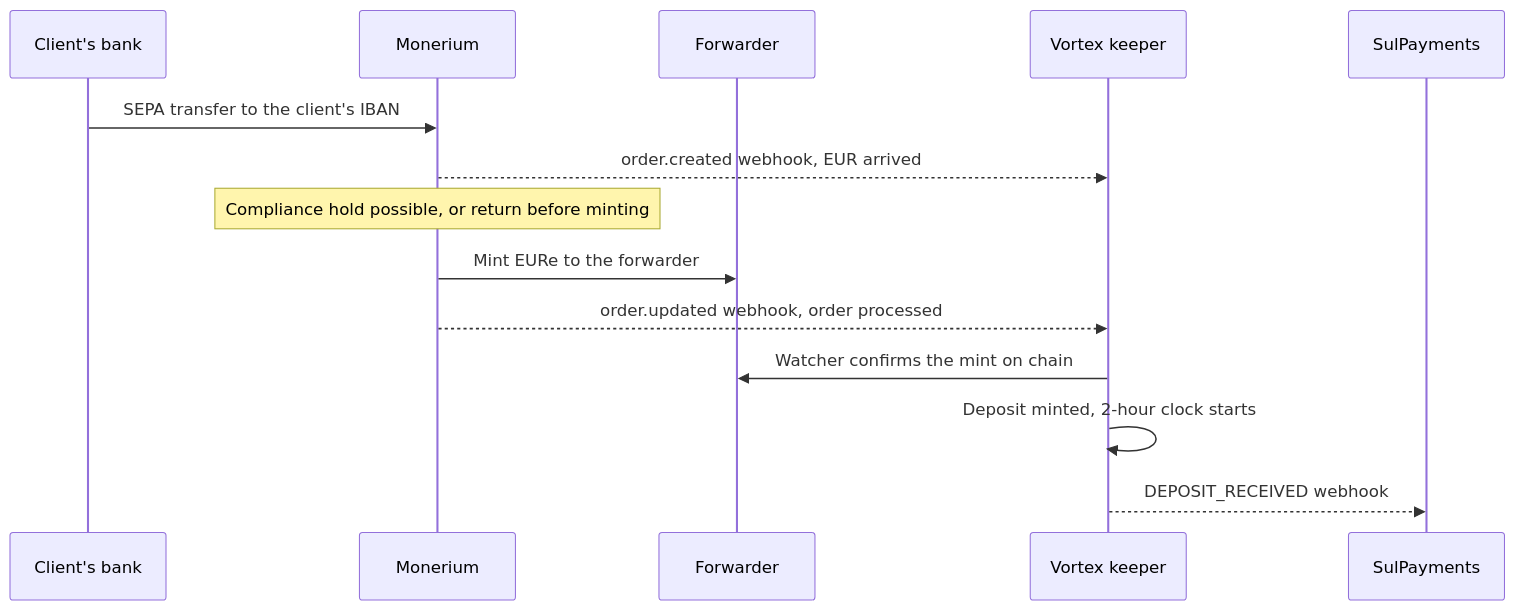
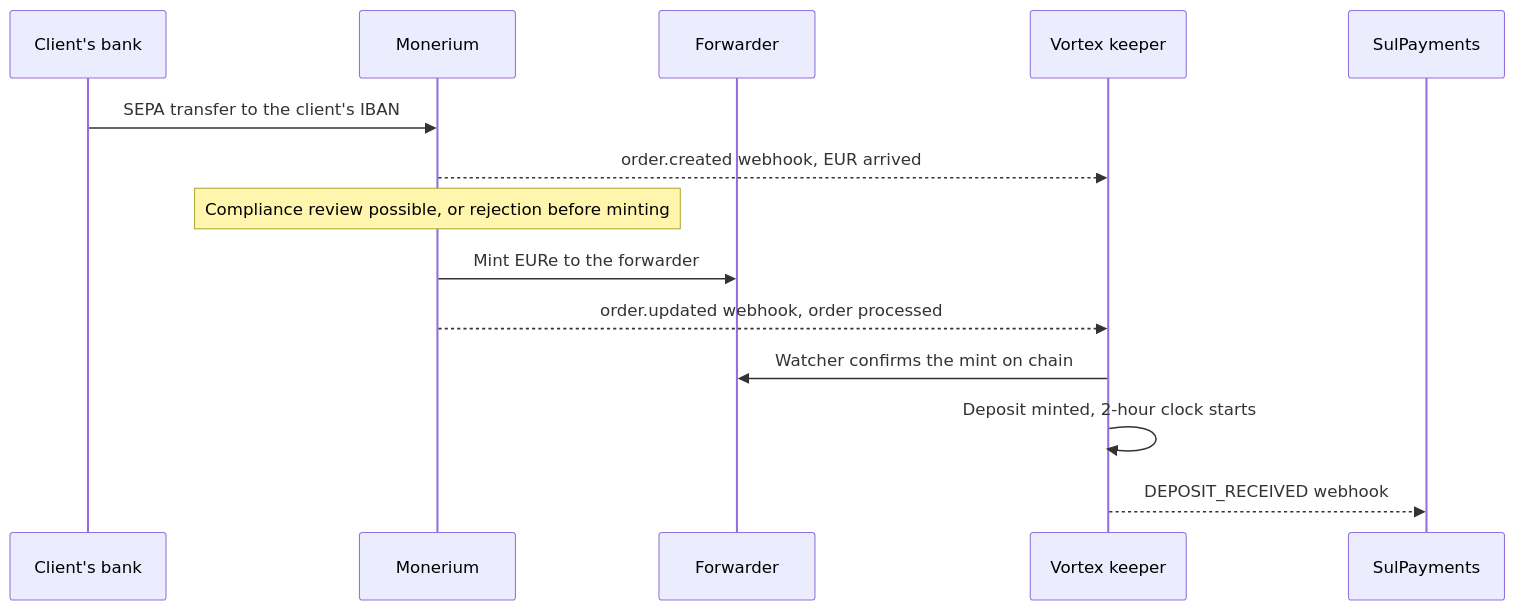
One commit to pendulum-chain/vortex changed the third of 6 diagrams in docs/product-monerium-b2b-flow.md. Above: the diagram before and after it, drawn with Mermaid. The commit also changed other lines of this file, not shown here.

First line of the commit message:
docs(repo): record Monerium's answers in the B2B flow overview

````diff
--- a/docs/product-monerium-b2b-flow.md
+++ b/docs/product-monerium-b2b-flow.md
@@ -204,17 +215,17 @@
 ```mermaid
 sequenceDiagram
     participant B as Client's bank
     participant M as Monerium
     participant F as Forwarder
     participant V as Vortex keeper
     participant SP as SulPayments
 
     B->>M: SEPA transfer to the client's IBAN
     M-->>V: order.created webhook, EUR arrived
-    Note over M: Compliance hold possible, or return before minting
+    Note over M: Compliance review possible, or rejection before minting
     M->>F: Mint EURe to the forwarder
     M-->>V: order.updated webhook, order processed
     V->>F: Watcher confirms the mint on chain
     V->>V: Deposit minted, 2-hour clock starts
     V-->>SP: DEPOSIT_RECEIVED webhook
 ```
````
